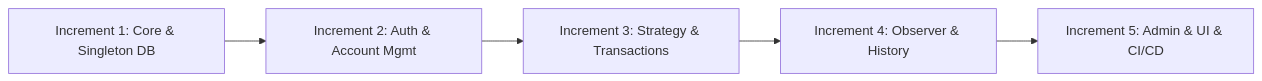
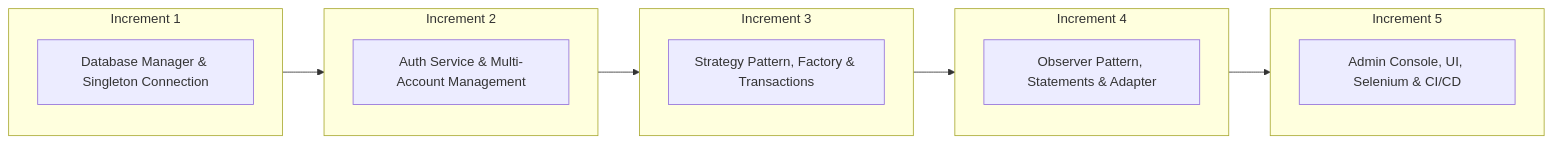
One commit to EyaminH/ATM-Transaction-System changed the first of 2 diagrams in README.md. Above: the diagram before and after it, drawn with Mermaid. The commit also changed other lines of this file and 1 other file, not shown here.

````diff
--- a/README.md
+++ b/README.md
@@ -32,7 +39,19 @@
 ```mermaid
-graph LR
-    Inc1[Increment 1: Core & Singleton DB] --> Inc2[Increment 2: Auth & Account Mgmt]
-    Inc2 --> Inc3[Increment 3: Strategy & Transactions]
-    Inc3 --> Inc4[Increment 4: Observer & History]
-    Inc4 --> Inc5[Increment 5: Admin & UI & CI/CD]
+flowchart LR
+    subgraph Inc1 [Increment 1]
+        I1[Database Manager & Singleton Connection]
+    end
+    subgraph Inc2 [Increment 2]
+        I2[Auth Service & Multi-Account Management]
+    end
+    subgraph Inc3 [Increment 3]
+        I3[Strategy Pattern, Factory & Transactions]
+    end
+    subgraph Inc4 [Increment 4]
+        I4[Observer Pattern, Statements & Adapter]
+    end
+    subgraph Inc5 [Increment 5]
+        I5[Admin Console, UI, Selenium & CI/CD]
+    end
+    Inc1 --> Inc2 --> Inc3 --> Inc4 --> Inc5
 ```
````
